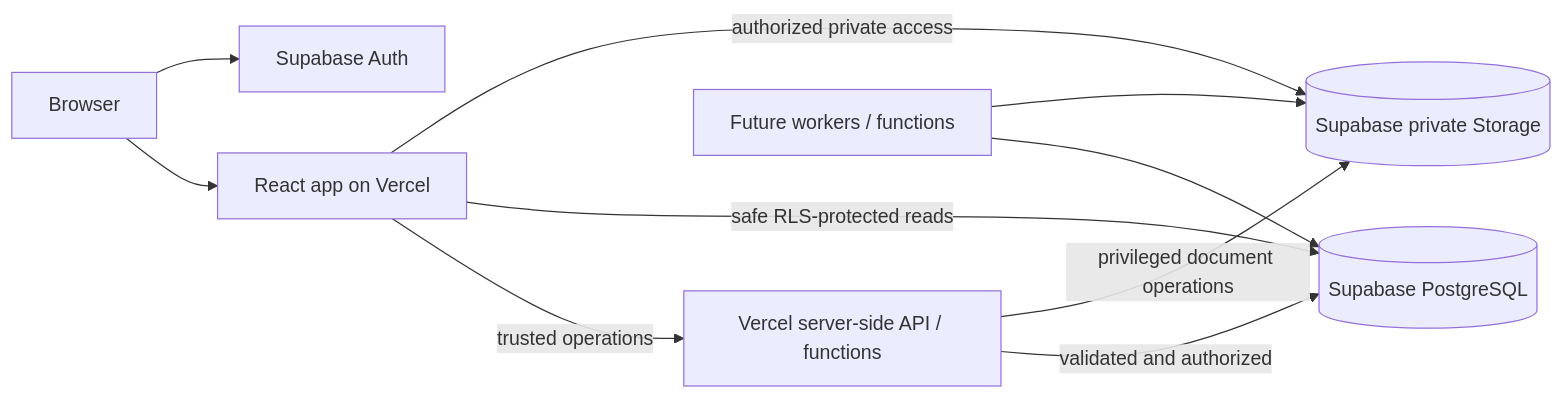
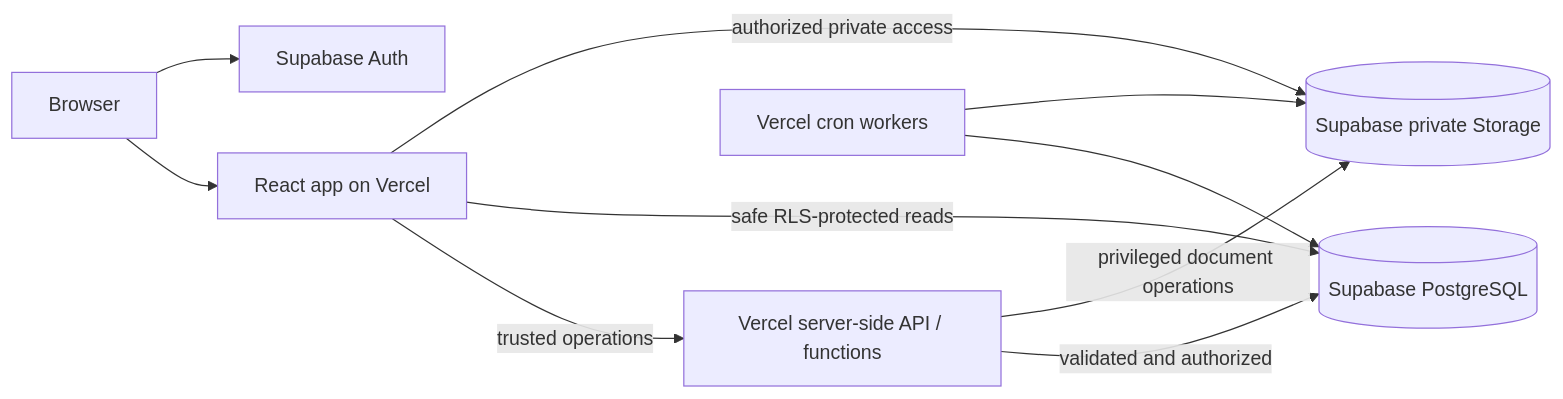
One commit to Verrayne/FSP-App changed the diagram in docs/architecture.md. Above: the diagram before and after it, drawn with Mermaid. The commit also changed other lines of this file and 282 other files, not shown here.

````diff
--- a/docs/architecture.md
+++ b/docs/architecture.md
@@ -7,20 +9,20 @@
 ```mermaid
 flowchart LR
   Browser[Browser]
   React[React app on Vercel]
   Auth[Supabase Auth]
   API[Vercel server-side API / functions]
   DB[(Supabase PostgreSQL)]
   Storage[(Supabase private Storage)]
-  Workers[Future workers / functions]
+  Workers[Vercel cron workers]
 
   Browser --> React
   Browser --> Auth
   React -->|trusted operations| API
   React -->|safe RLS-protected reads| DB
   React -->|authorized private access| Storage
   API -->|validated and authorized| DB
   API -->|privileged document operations| Storage
   Workers --> DB
   Workers --> Storage
 ```
````
